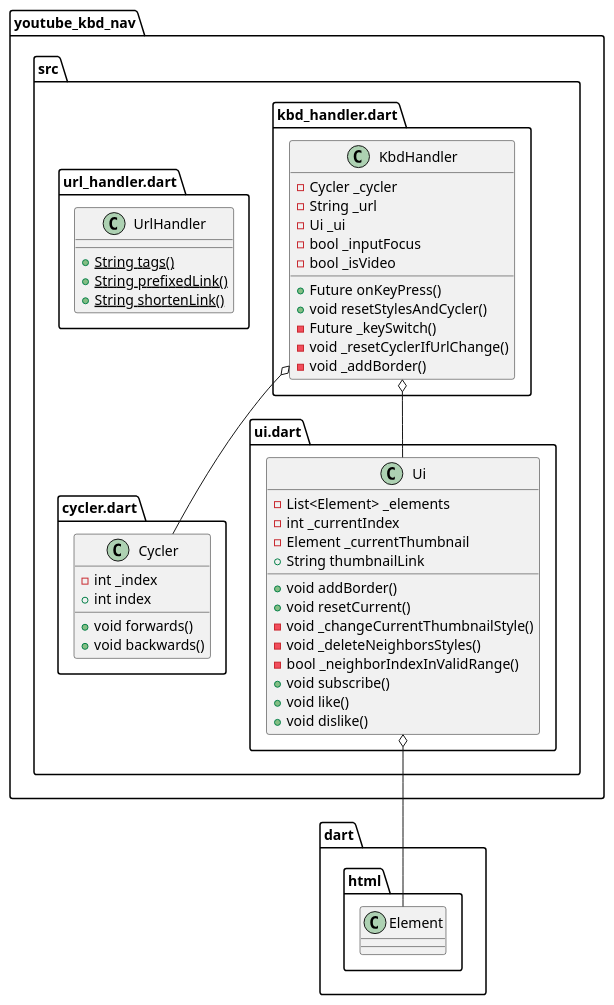
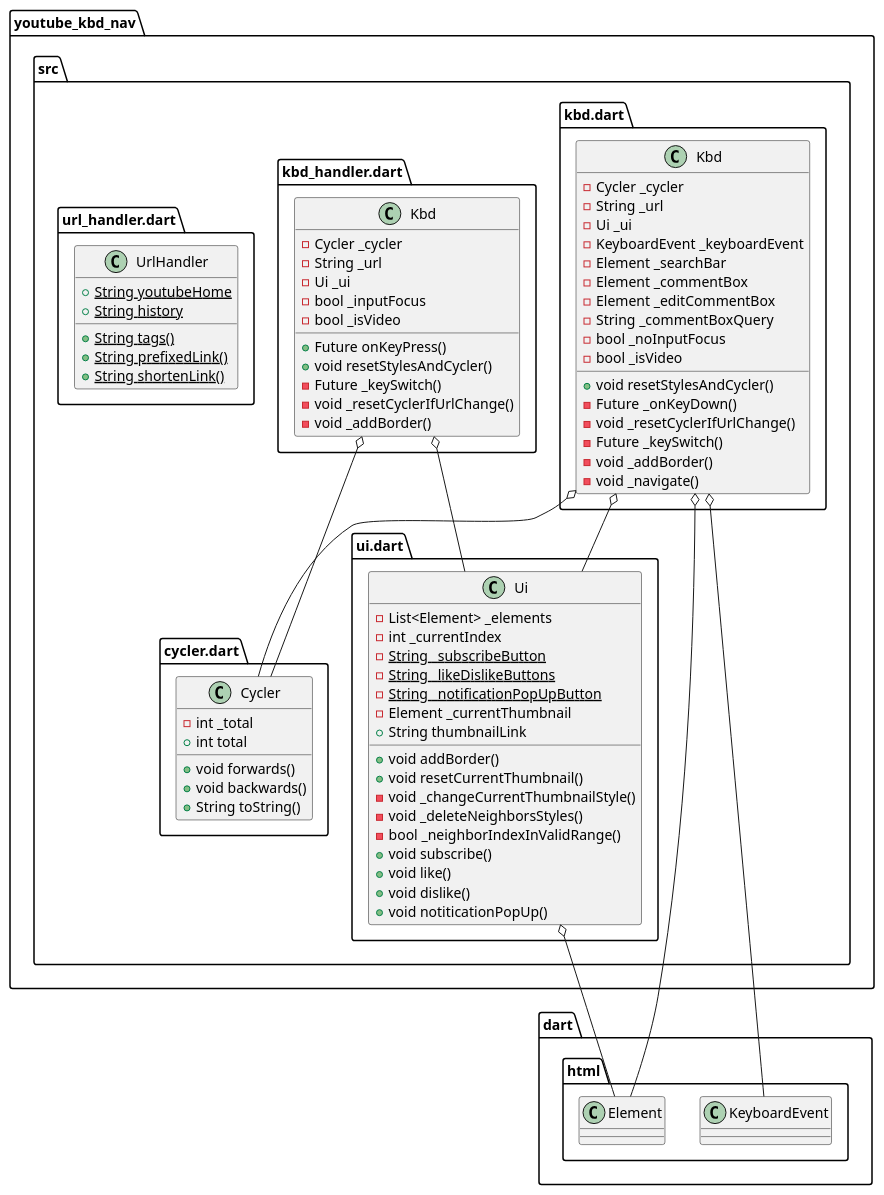
One commit to FanaroEngineering/youtube_kbd_nav changed the diagram in uml.puml. Above: the diagram before and after it, drawn with PlantUML. The commit also changed 1 other file, not shown here.

Commit message:
more edits to the readme | updated the uml file

```diff
--- a/uml.puml
+++ b/uml.puml
@@ -1,51 +1,82 @@
 @startuml youtube_kbd_nav
 set namespaceSeparator ::
 
 class "youtube_kbd_nav::src::cycler.dart::Cycler" {
-  -int _index
-  +int index
+  -int _total
+  +int total
   +void forwards()
   +void backwards()
+  +String toString()
 }
 
-class "youtube_kbd_nav::src::kbd_handler.dart::KbdHandler" {
+class "youtube_kbd_nav::src::kbd.dart::Kbd" {
+  -Cycler _cycler
+  -String _url
+  -Ui _ui
+  -KeyboardEvent _keyboardEvent
+  -Element _searchBar
+  -Element _commentBox
+  -Element _editCommentBox
+  -String _commentBoxQuery
+  -bool _noInputFocus
+  -bool _isVideo
+  +void resetStylesAndCycler()
+  -Future _onKeyDown()
+  -void _resetCyclerIfUrlChange()
+  -Future _keySwitch()
+  -void _addBorder()
+  -void _navigate()
+}
+
+"youtube_kbd_nav::src::kbd.dart::Kbd" o-- "youtube_kbd_nav::src::cycler.dart::Cycler"
+"youtube_kbd_nav::src::kbd.dart::Kbd" o-- "youtube_kbd_nav::src::ui.dart::Ui"
+"youtube_kbd_nav::src::kbd.dart::Kbd" o-- "dart::html::KeyboardEvent"
+"youtube_kbd_nav::src::kbd.dart::Kbd" o-- "dart::html::Element"
+
+class "youtube_kbd_nav::src::kbd_handler.dart::Kbd" {
   -Cycler _cycler
   -String _url
   -Ui _ui
   -bool _inputFocus
   -bool _isVideo
   +Future onKeyPress()
   +void resetStylesAndCycler()
   -Future _keySwitch()
   -void _resetCyclerIfUrlChange()
   -void _addBorder()
 }
 
-"youtube_kbd_nav::src::kbd_handler.dart::KbdHandler" o-- "youtube_kbd_nav::src::cycler.dart::Cycler"
-"youtube_kbd_nav::src::kbd_handler.dart::KbdHandler" o-- "youtube_kbd_nav::src::ui.dart::Ui"
+"youtube_kbd_nav::src::kbd_handler.dart::Kbd" o-- "youtube_kbd_nav::src::cycler.dart::Cycler"
+"youtube_kbd_nav::src::kbd_handler.dart::Kbd" o-- "youtube_kbd_nav::src::ui.dart::Ui"
 
 class "youtube_kbd_nav::src::ui.dart::Ui" {
   -List<Element> _elements
   -int _currentIndex
+  {static} -String _subscribeButton
+  {static} -String _likeDislikeButtons
+  {static} -String _notificationPopUpButton
   -Element _currentThumbnail
   +String thumbnailLink
   +void addBorder()
-  +void resetCurrent()
+  +void resetCurrentThumbnail()
   -void _changeCurrentThumbnailStyle()
   -void _deleteNeighborsStyles()
   -bool _neighborIndexInValidRange()
   +void subscribe()
   +void like()
   +void dislike()
+  +void notiticationPopUp()
 }
 
 "youtube_kbd_nav::src::ui.dart::Ui" o-- "dart::html::Element"
 
 class "youtube_kbd_nav::src::url_handler.dart::UrlHandler" {
+  {static} +String youtubeHome
+  {static} +String history
   {static} +String tags()
   {static} +String prefixedLink()
   {static} +String shortenLink()
 }
 
 
 @enduml
```
